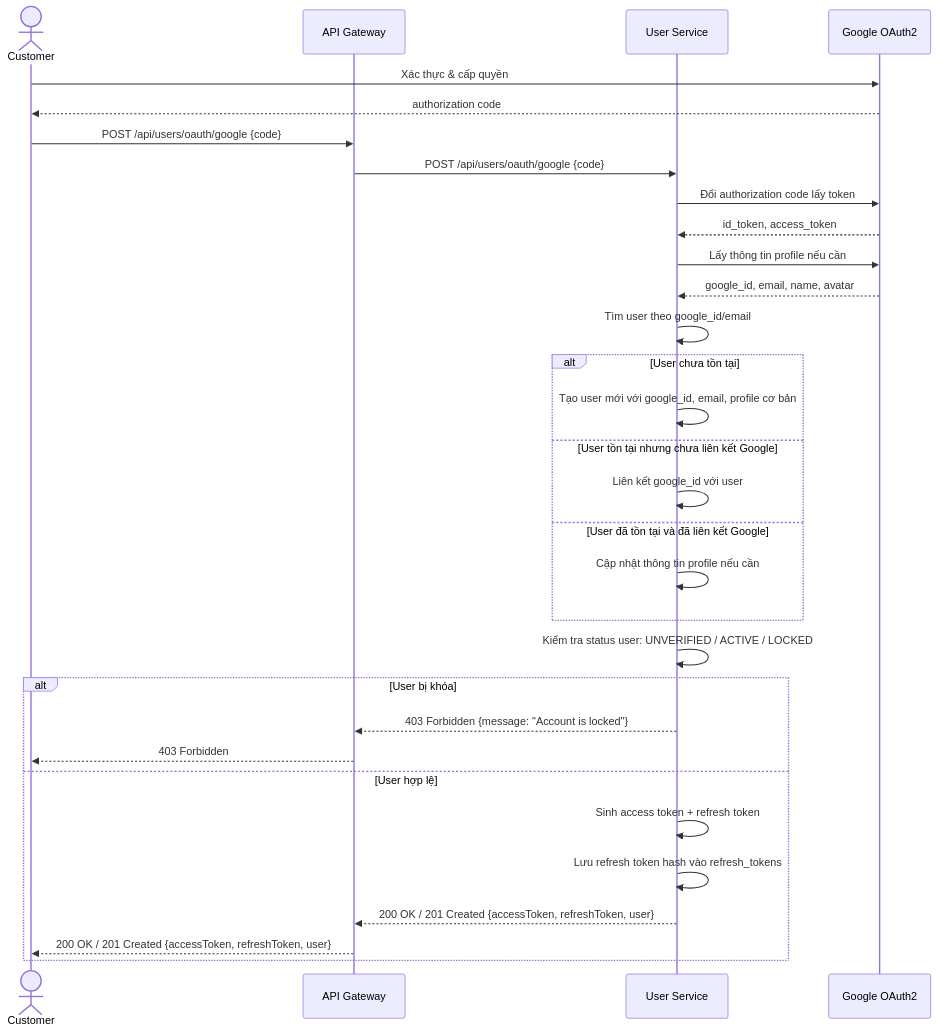
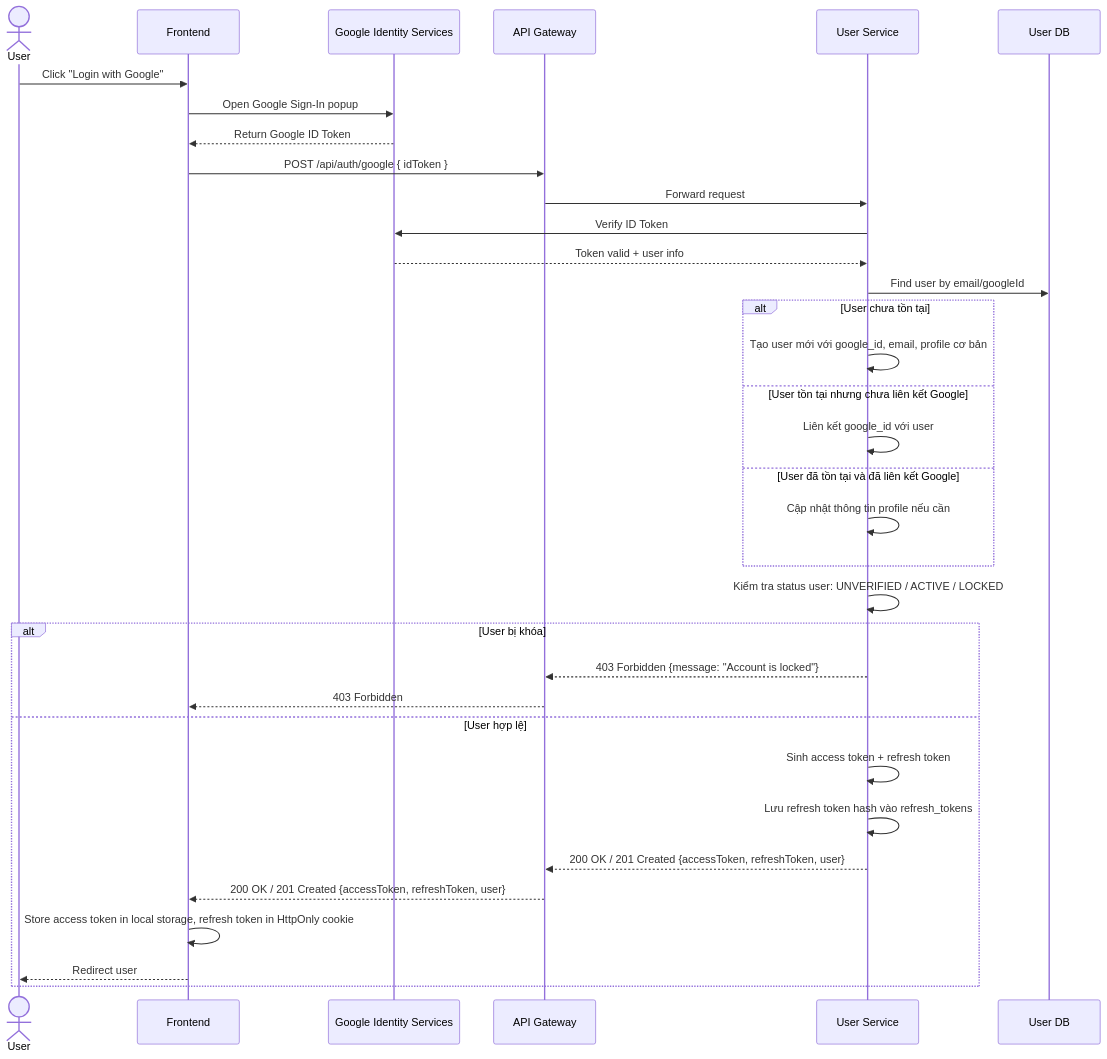
One commit to dqminh2411/hotel-booking-system changed the fourth of 8 diagrams in docs/ad_user_service.md. Above: the diagram before and after it, drawn with Mermaid. The commit also changed other lines of this file, not shown here.

Commit message:
docs(user-service): cập nhật thiết kế cho phép mở rộng login với nhiều Auth Provider

````diff
--- a/docs/ad_user_service.md
+++ b/docs/ad_user_service.md
@@ -278,41 +310,43 @@
 ```mermaid
 sequenceDiagram
-    actor C as Customer
+    actor U as User
+    participant FE as Frontend
+    participant G as Google Identity Services
     participant GW as API Gateway
     participant US as User Service
-    participant Google as Google OAuth2
+    participant DB as User DB
 
-    C->>Google: Xác thực & cấp quyền
-    Google-->>C: authorization code
+    U->>FE: Click "Login with Google"
+    FE->>G: Open Google Sign-In popup
+    G-->>FE: Return Google ID Token
 
-    C->>GW: POST /api/users/oauth/google {code}
-    GW->>US: POST /api/users/oauth/google {code}
+    FE->>GW: POST /api/auth/google { idToken }
+    GW->>US: Forward request
 
-    US->>Google: Đổi authorization code lấy token
-    Google-->>US: id_token, access_token
+    US->>G: Verify ID Token
+    G-->>US: Token valid + user info
 
-    US->>Google: Lấy thông tin profile nếu cần
-    Google-->>US: google_id, email, name, avatar
-
-    US->>US: Tìm user theo google_id/email
-
+    US->>DB: Find user by email/googleId
     alt User chưa tồn tại
         US->>US: Tạo user mới với google_id, email, profile cơ bản
     else User tồn tại nhưng chưa liên kết Google
         US->>US: Liên kết google_id với user
     else User đã tồn tại và đã liên kết Google
         US->>US: Cập nhật thông tin profile nếu cần
     end
 
     US->>US: Kiểm tra status user: UNVERIFIED / ACTIVE / LOCKED
 
     alt User bị khóa
         US-->>GW: 403 Forbidden {message: "Account is locked"}
-        GW-->>C: 403 Forbidden
+        GW-->>FE: 403 Forbidden
     else User hợp lệ
         US->>US: Sinh access token + refresh token
         US->>US: Lưu refresh token hash vào refresh_tokens
         US-->>GW: 200 OK / 201 Created {accessToken, refreshToken, user}
-        GW-->>C: 200 OK / 201 Created {accessToken, refreshToken, user}
+        GW-->>FE: 200 OK / 201 Created {accessToken, refreshToken, user}
+        FE->>FE: Store access token in local storage, refresh token in HttpOnly cookie
+        FE-->>U: Redirect user
     end
+    
 ```
````
